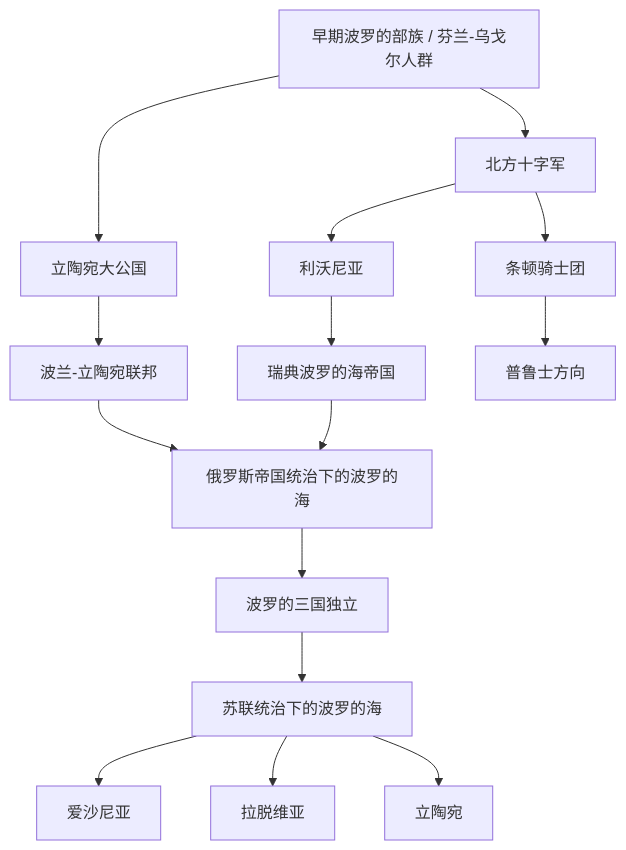
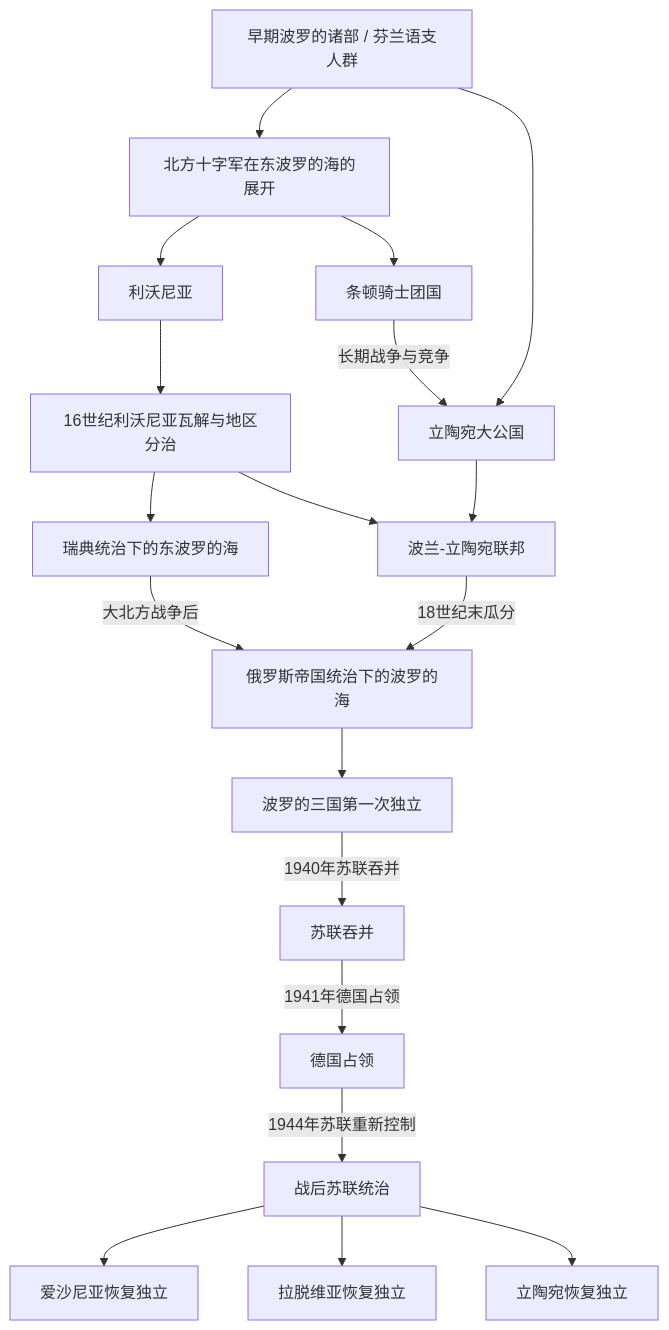
Before and after one commit to tianlan-dev/learning-notes: the diagram in 人文科学/历史/欧洲/波罗的海/README.md, drawn with Mermaid. The commit also changed other lines of this file and 180 other files, not shown here.

````diff
--- a/人文科学/历史/欧洲/波罗的海/README.md
+++ b/人文科学/历史/欧洲/波罗的海/README.md
@@ -13,17 +17,21 @@
 ```mermaid
 flowchart TD
-    Early["早期波罗的部族 / 芬兰-乌戈尔人群"] --> Crusades["北方十字军"]
+    Early["早期波罗的诸部 / 芬兰语支人群"] --> Crusades["北方十字军在东波罗的海的展开"]
     Crusades --> Livonia["利沃尼亚"]
-    Crusades --> Teutonic["条顿骑士团"]
+    Crusades --> Teutonic["条顿骑士团国"]
     Early --> Lithuania["立陶宛大公国"]
+    Teutonic -->|长期战争与竞争| Lithuania
     Lithuania --> Commonwealth["波兰-立陶宛联邦"]
-    Livonia --> SwedishBaltic["瑞典波罗的海帝国"]
-    Teutonic --> Prussia["普鲁士方向"]
-    Commonwealth --> RussiaEmpire["俄罗斯帝国统治下的波罗的海"]
-    SwedishBaltic --> RussiaEmpire
-    RussiaEmpire --> BalticIndependence["波罗的三国独立"]
-    BalticIndependence --> SovietBaltic["苏联统治下的波罗的海"]
-    SovietBaltic --> Estonia["爱沙尼亚"]
-    SovietBaltic --> Latvia["拉脱维亚"]
-    SovietBaltic --> LithuaniaModern["立陶宛"]
+    Livonia --> Split["16世纪利沃尼亚瓦解与地区分治"]
+    Split --> SwedishBaltic["瑞典统治下的东波罗的海"]
+    Split --> Commonwealth
+    SwedishBaltic -->|大北方战争后| RussiaEmpire["俄罗斯帝国统治下的波罗的海"]
+    Commonwealth -->|18世纪末瓜分| RussiaEmpire
+    RussiaEmpire --> FirstIndependence["波罗的三国第一次独立"]
+    FirstIndependence -->|1940年苏联吞并| SovietAnnexation["苏联吞并"]
+    SovietAnnexation -->|1941年德国占领| GermanOccupation["德国占领"]
+    GermanOccupation -->|1944年苏联重新控制| SovietBaltic["战后苏联统治"]
+    SovietBaltic --> Estonia["爱沙尼亚恢复独立"]
+    SovietBaltic --> Latvia["拉脱维亚恢复独立"]
+    SovietBaltic --> LithuaniaModern["立陶宛恢复独立"]
 ```
````
